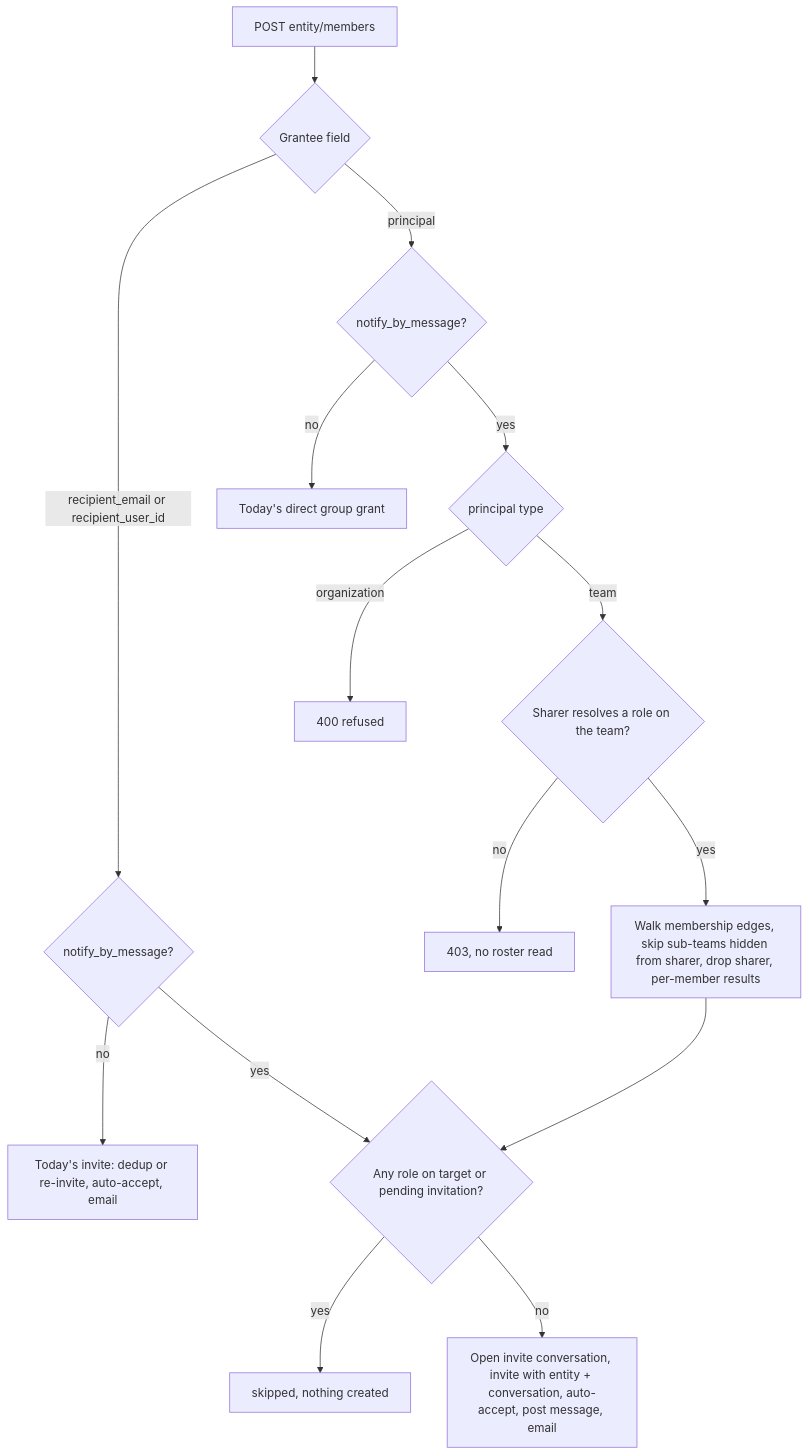
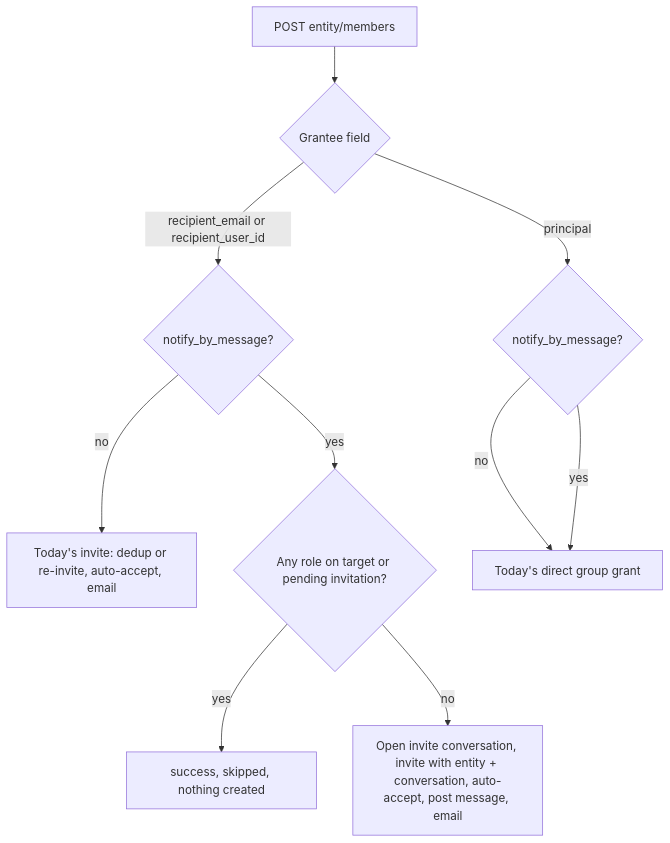
Before and after one commit to langware-labs/flowpad: the third of 6 diagrams in docs/plans/2026-09-27-1240-feat-project-share-invite-thread-plan.md, drawn with Mermaid. The commit also changed other lines of this file and 56 other files, not shown here.

First line of the commit message:
FLOWPAD-2168: Project invite message + Install project chip, teams in the members popover

````diff
--- a/docs/plans/2026-09-27-1240-feat-project-share-invite-thread-plan.md
+++ b/docs/plans/2026-09-27-1240-feat-project-share-invite-thread-plan.md
@@ -273,17 +211,12 @@
 ```mermaid
 flowchart TB
   R[POST entity/members] --> W{Grantee field}
   W -->|recipient_email or recipient_user_id| N{notify_by_message?}
   N -->|no| T[Today's invite: dedup or re-invite, auto-accept, email]
   N -->|yes| D{Any role on target or pending invitation?}
-  D -->|yes| X[skipped, nothing created]
+  D -->|yes| X[success, skipped, nothing created]
   D -->|no| M[Open invite conversation, invite with entity + conversation, auto-accept, post message, email]
   W -->|principal| P{notify_by_message?}
   P -->|no| GG[Today's direct group grant]
-  P -->|yes| O{principal type}
-  O -->|organization| RF[400 refused]
-  O -->|team| GT{Sharer resolves a role on the team?}
-  GT -->|no| F403[403, no roster read]
-  GT -->|yes| EX[Walk membership edges, skip sub-teams hidden from sharer, drop sharer, per-member results]
-  EX --> D
+  P -->|yes| GG
 ```
````
